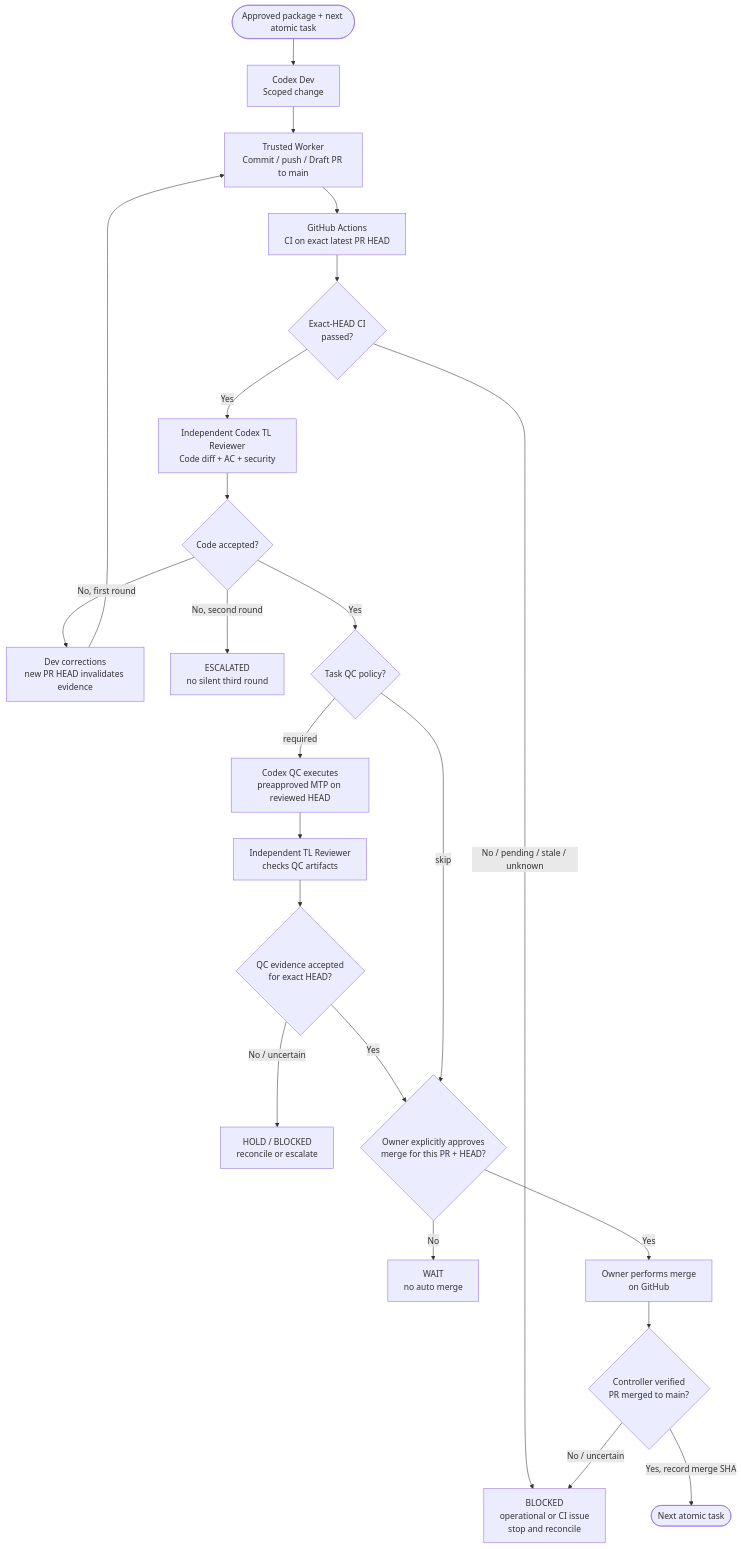
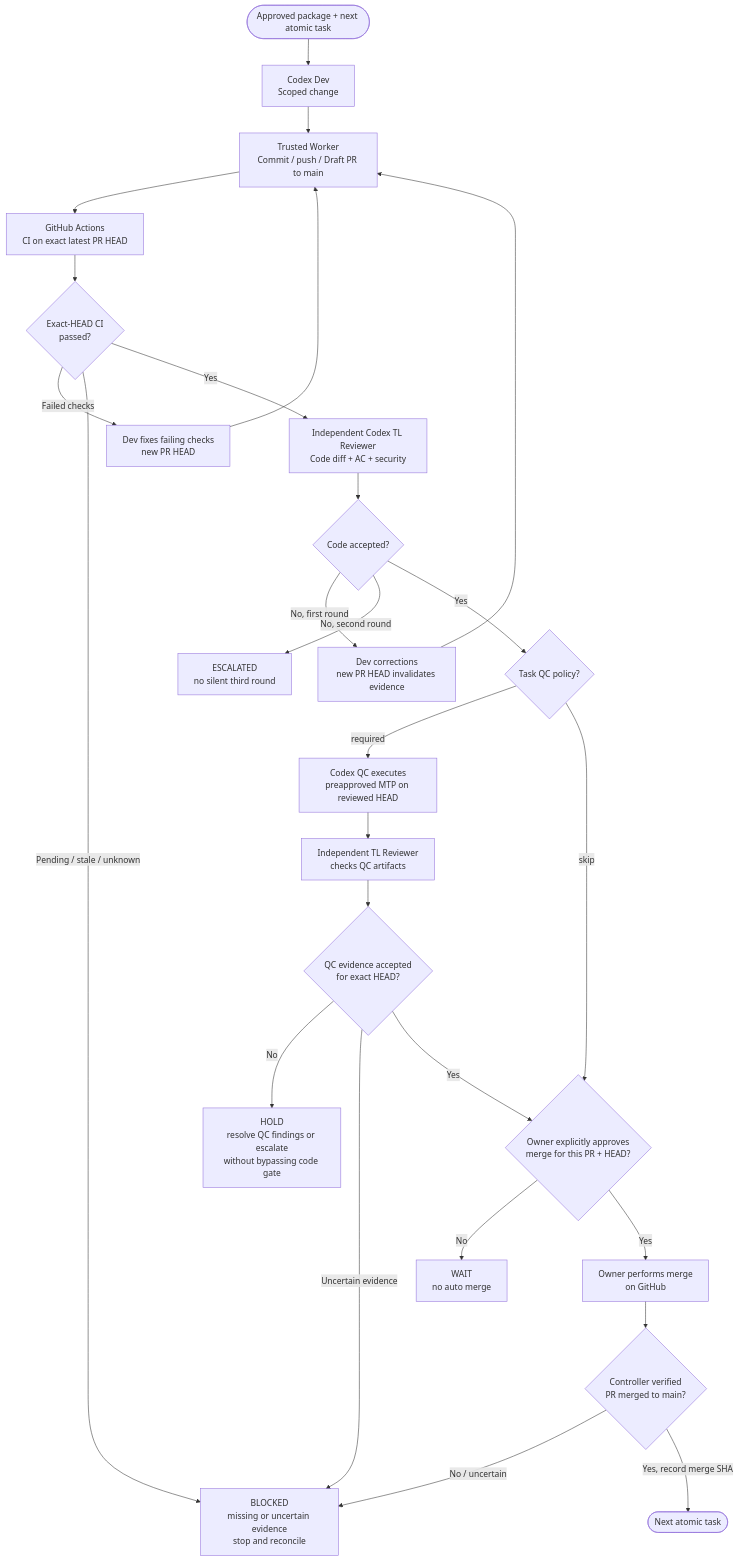
One commit to builacviet/agent-workflow changed the third of 3 diagrams in docs/v1-visual-flows.md. Above: the diagram before and after it, drawn with Mermaid.

Commit message:
docs(v1): distinguish CI failures from operational blockers

````diff
--- a/docs/v1-visual-flows.md
+++ b/docs/v1-visual-flows.md
@@ -82,25 +82,28 @@
 ```mermaid
 flowchart TD
   READY(["Approved package + next atomic task"]) --> DEV["Codex Dev<br/>Scoped change"]
   DEV --> PR["Trusted Worker<br/>Commit / push / Draft PR to main"]
   PR --> CI["GitHub Actions<br/>CI on exact latest PR HEAD"]
   CI --> CIPASS{"Exact-HEAD CI<br/>passed?"}
-  CIPASS -->|No / pending / stale / unknown| BLOCKED["BLOCKED<br/>operational or CI issue<br/>stop and reconcile"]
+  CIPASS -->|Failed checks| FIXCI["Dev fixes failing checks<br/>new PR HEAD"]
+  FIXCI --> PR
+  CIPASS -->|Pending / stale / unknown| BLOCKED["BLOCKED<br/>missing or uncertain evidence<br/>stop and reconcile"]
   CIPASS -->|Yes| TL["Independent Codex TL Reviewer<br/>Code diff + AC + security"]
   TL --> TLPASS{"Code accepted?"}
   TLPASS -->|No, first round| REWORK["Dev corrections<br/>new PR HEAD invalidates evidence"]
   REWORK --> PR
   TLPASS -->|No, second round| ESC["ESCALATED<br/>no silent third round"]
   TLPASS -->|Yes| QCQ{"Task QC policy?"}
   QCQ -->|required| TEST["Codex QC executes<br/>preapproved MTP on reviewed HEAD"]
   TEST --> QCRESULT["Independent TL Reviewer<br/>checks QC artifacts"]
   QCRESULT --> QCPASS{"QC evidence accepted<br/>for exact HEAD?"}
-  QCPASS -->|No / uncertain| HOLD["HOLD / BLOCKED<br/>reconcile or escalate"]
+  QCPASS -->|No| HOLD["HOLD<br/>resolve QC findings or escalate<br/>without bypassing code gate"]
+  QCPASS -->|Uncertain evidence| BLOCKED
   QCPASS -->|Yes| OWNER
   QCQ -->|skip| OWNER{"Owner explicitly approves<br/>merge for this PR + HEAD?"}
   OWNER -->|No| WAIT["WAIT<br/>no auto merge"]
   OWNER -->|Yes| MERGE["Owner performs merge<br/>on GitHub"]
   MERGE --> VERIFY{"Controller verified<br/>PR merged to main?"}
   VERIFY -->|No / uncertain| BLOCKED
   VERIFY -->|Yes, record merge SHA| NEXT(["Next atomic task"])
 ```
````
